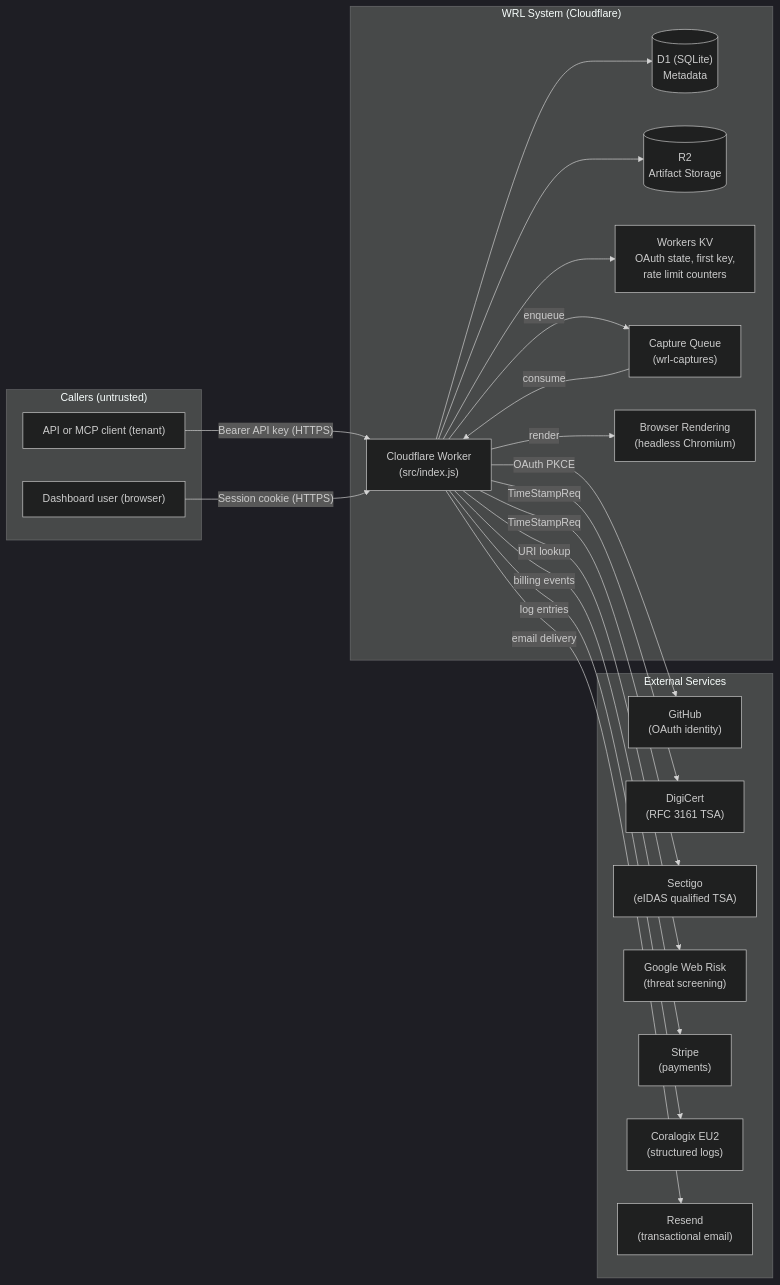
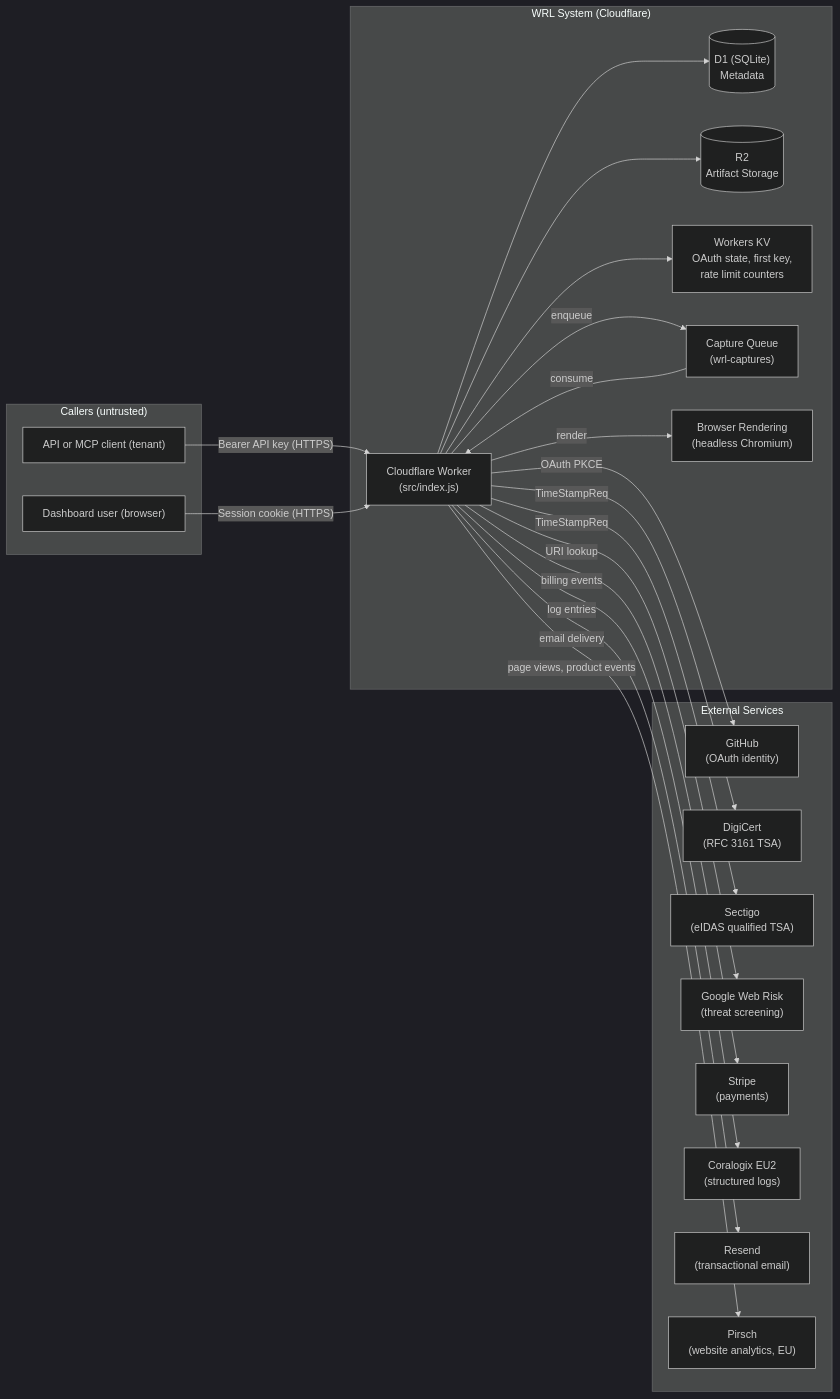
Before and after one commit to benpeter/web-resource-ledger: the diagram in site/diagrams/whitepaper-architecture.mmd, drawn with Mermaid (dark theme). The commit also changed 3 other files, not shown here.

Commit message:
docs(whitepaper): Pirsch in the architecture and data flows; rate limiter purposes, quarantine purge, email storage, alert count

```diff
--- a/site/diagrams/whitepaper-architecture.mmd
+++ b/site/diagrams/whitepaper-architecture.mmd
@@ -1,40 +1,42 @@
 flowchart LR
     subgraph Callers["Callers (untrusted)"]
         API_CONSUMER["API or MCP client (tenant)"]
         EXT_USER["Dashboard user (browser)"]
     end
 
     subgraph WRL["WRL System (Cloudflare)"]
         WORKER["Cloudflare Worker<br/>(src/index.js)"]
         D1[("D1 (SQLite)<br/>Metadata")]
         R2[("R2<br/>Artifact Storage")]
         KV["Workers KV<br/>OAuth state, first key,<br/>rate limit counters"]
         QUEUE["Capture Queue<br/>(wrl-captures)"]
         BROWSER["Browser Rendering<br/>(headless Chromium)"]
     end
 
     subgraph External["External Services"]
         GITHUB["GitHub<br/>(OAuth identity)"]
         DIGICERT["DigiCert<br/>(RFC 3161 TSA)"]
         SECTIGO["Sectigo<br/>(eIDAS qualified TSA)"]
         WEBRISK["Google Web Risk<br/>(threat screening)"]
         STRIPE["Stripe<br/>(payments)"]
         CORALOGIX["Coralogix EU2<br/>(structured logs)"]
         RESEND["Resend<br/>(transactional email)"]
+        PIRSCH["Pirsch<br/>(website analytics, EU)"]
     end
 
     API_CONSUMER -- "Bearer API key (HTTPS)" --> WORKER
     EXT_USER -- "Session cookie (HTTPS)" --> WORKER
     WORKER -- "enqueue" --> QUEUE
     QUEUE -- "consume" --> WORKER
     WORKER -- "render" --> BROWSER
     WORKER --> D1
     WORKER --> R2
     WORKER --> KV
     WORKER -- "OAuth PKCE" --> GITHUB
     WORKER -- "TimeStampReq" --> DIGICERT
     WORKER -- "TimeStampReq" --> SECTIGO
     WORKER -- "URI lookup" --> WEBRISK
     WORKER -- "billing events" --> STRIPE
     WORKER -- "log entries" --> CORALOGIX
     WORKER -- "email delivery" --> RESEND
+    WORKER -- "page views, product events" --> PIRSCH
```
